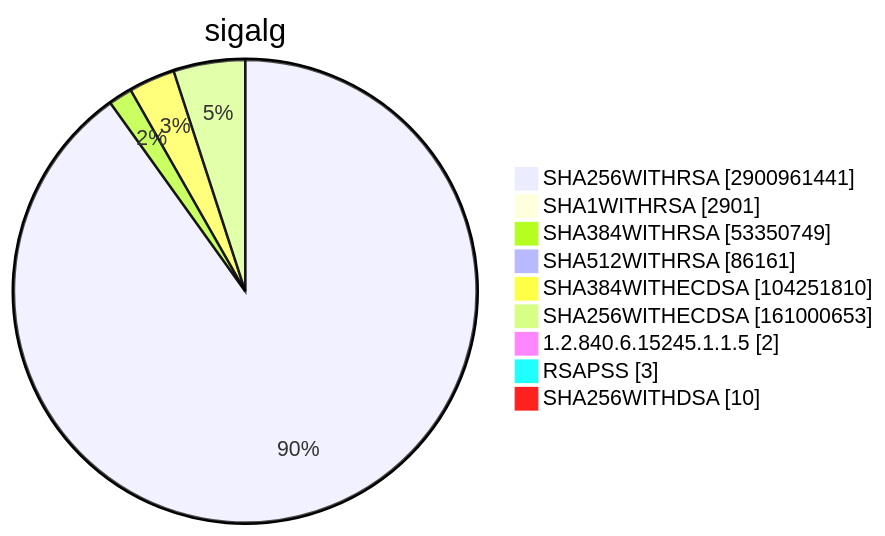
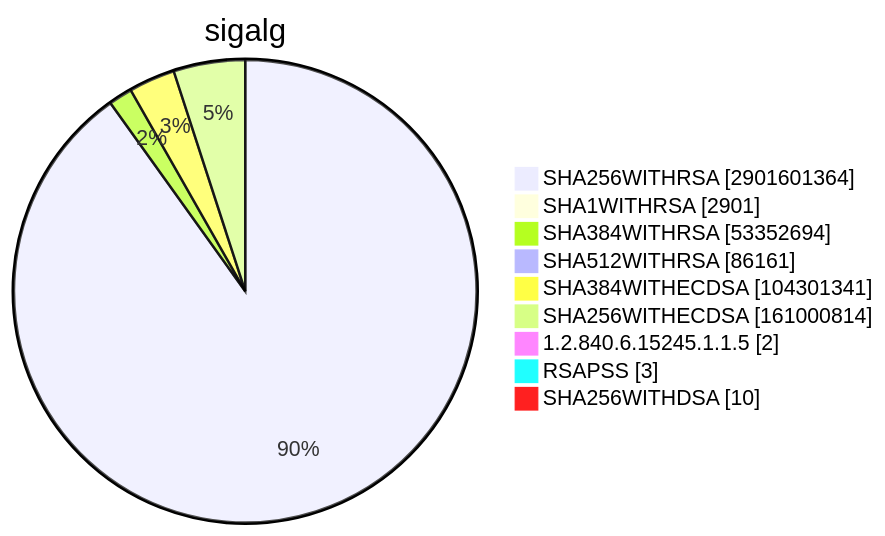
Diagram 15 of 15 in TOTAL/README.md (christiankrug/ctmonitor_visualization), drawn with Mermaid before and after one commit. The commit also changed other lines of this file, not shown here.

````diff
--- a/TOTAL/README.md
+++ b/TOTAL/README.md
@@ -6207,13 +6207,13 @@
 ```mermaid
 pie showData
 title sigalg
-"SHA256WITHRSA" :2900961441
+"SHA256WITHRSA" :2901601364
 "SHA1WITHRSA" :2901
-"SHA384WITHRSA" :53350749
+"SHA384WITHRSA" :53352694
 "SHA512WITHRSA" :86161
-"SHA384WITHECDSA" :104251810
-"SHA256WITHECDSA" :161000653
+"SHA384WITHECDSA" :104301341
+"SHA256WITHECDSA" :161000814
 "1.2.840.6.15245.1.1.5" :2
 "RSAPSS" :3
 "SHA256WITHDSA" :10
 ```
````
